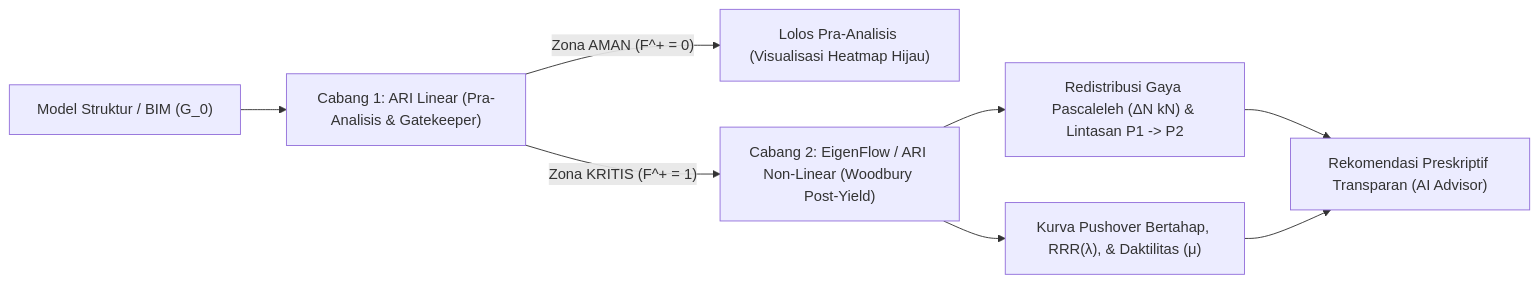
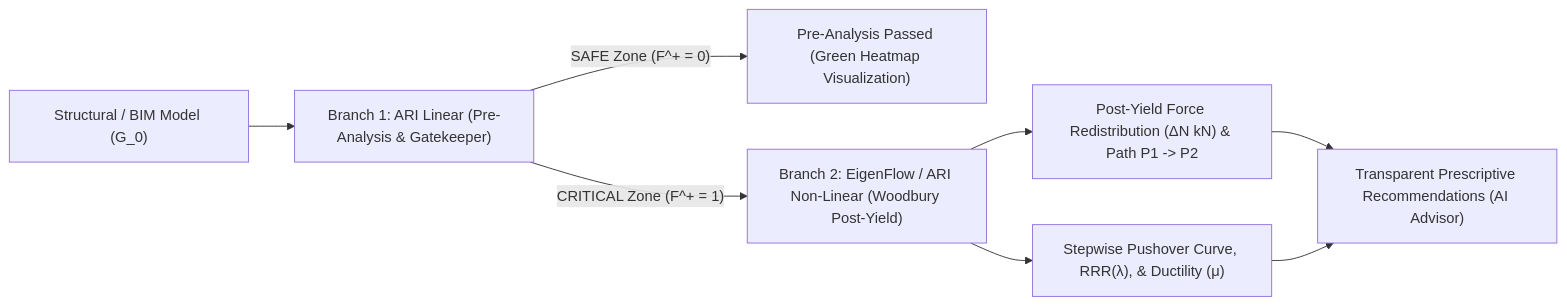
Before and after one commit to haridsirawan/AdjustedRedundancyIndex_Non-Linear: the diagram in README.md, drawn with Mermaid. The commit also changed other lines of this file, not shown here.

````diff
--- a/README.md
+++ b/README.md
@@ -11,10 +11,10 @@
 ```mermaid
 flowchart LR
-    A["Model Struktur / BIM (G_0)"] --> B["Cabang 1: ARI Linear (Pra-Analisis & Gatekeeper)"]
-    B -->|"Zona AMAN (F^+ = 0)"| C["Lolos Pra-Analisis (Visualisasi Heatmap Hijau)"]
-    B -->|"Zona KRITIS (F^+ = 1)"| D["Cabang 2: EigenFlow / ARI Non-Linear (Woodbury Post-Yield)"]
-    D --> E["Redistribusi Gaya Pascaleleh (ΔN kN) & Lintasan P1 -> P2"]
-    D --> F["Kurva Pushover Bertahap, RRR(λ), & Daktilitas (μ)"]
-    E --> G["Rekomendasi Preskriptif Transparan (AI Advisor)"]
+    A["Structural / BIM Model (G_0)"] --> B["Branch 1: ARI Linear (Pre-Analysis & Gatekeeper)"]
+    B -->|"SAFE Zone (F^+ = 0)"| C["Pre-Analysis Passed (Green Heatmap Visualization)"]
+    B -->|"CRITICAL Zone (F^+ = 1)"| D["Branch 2: EigenFlow / ARI Non-Linear (Woodbury Post-Yield)"]
+    D --> E["Post-Yield Force Redistribution (ΔN kN) & Path P1 -> P2"]
+    D --> F["Stepwise Pushover Curve, RRR(λ), & Ductility (μ)"]
+    E --> G["Transparent Prescriptive Recommendations (AI Advisor)"]
     F --> G
 ```
````
